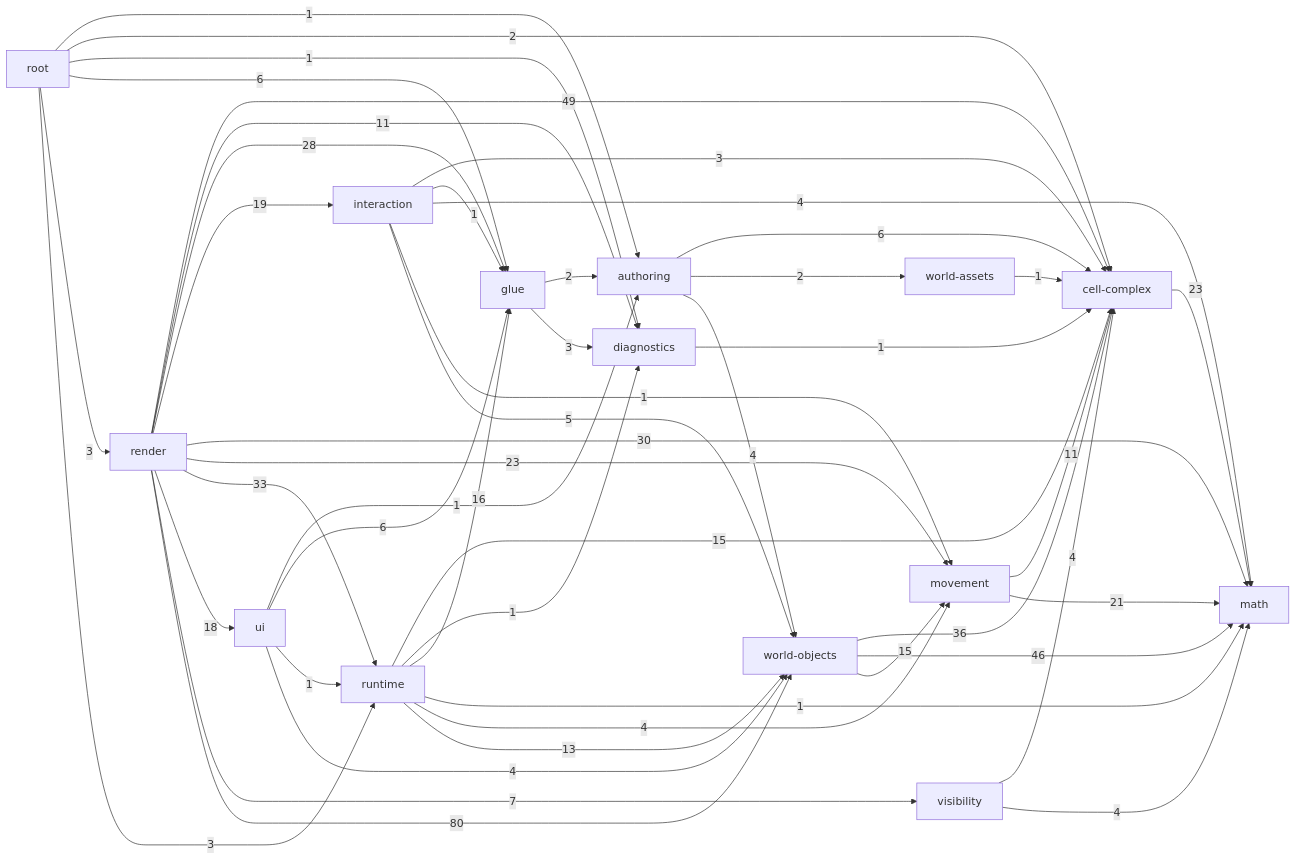
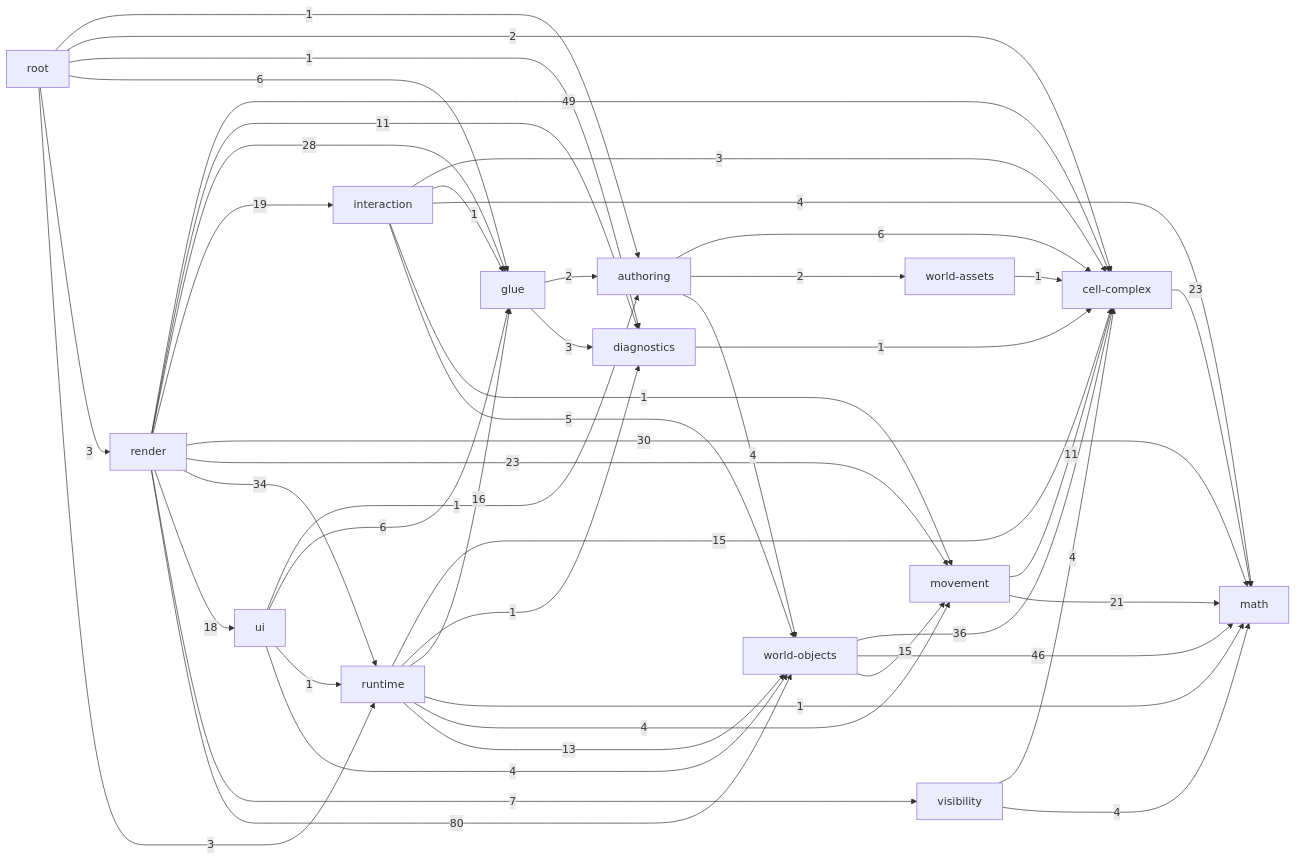
The diagram in _docs/generated/ARCHITECTURE_REFERENCE.md (guraltsev/noneuclid-fpv), drawn with Mermaid before and after one commit. The commit also changed other lines of this file and 10 other files, not shown here.

````diff
--- a/_docs/generated/ARCHITECTURE_REFERENCE.md
+++ b/_docs/generated/ARCHITECTURE_REFERENCE.md
@@ -35,63 +35,63 @@
 ```mermaid
 flowchart LR
   math["math"]
   cell_complex["cell-complex"]
   diagnostics["diagnostics"]
   visibility["visibility"]
   movement["movement"]
   world_assets["world-assets"]
   world_objects["world-objects"]
   authoring["authoring"]
   glue["glue"]
   interaction["interaction"]
   runtime["runtime"]
   ui["ui"]
   render["render"]
   root["root"]
   authoring -->|6| cell_complex
   authoring -->|2| world_assets
   authoring -->|4| world_objects
   cell_complex -->|23| math
   diagnostics -->|1| cell_complex
   glue -->|2| authoring
   glue -->|3| diagnostics
   interaction -->|3| cell_complex
   interaction -->|1| glue
   interaction -->|4| math
   interaction -->|1| movement
   interaction -->|5| world_objects
   movement -->|11| cell_complex
   movement -->|21| math
   render -->|49| cell_complex
   render -->|11| diagnostics
   render -->|28| glue
   render -->|19| interaction
   render -->|30| math
   render -->|23| movement
-  render -->|33| runtime
+  render -->|34| runtime
   render -->|18| ui
   render -->|7| visibility
   render -->|80| world_objects
   root -->|1| authoring
   root -->|2| cell_complex
   root -->|1| diagnostics
   root -->|6| glue
   root -->|3| render
   root -->|3| runtime
   runtime -->|15| cell_complex
   runtime -->|1| diagnostics
   runtime -->|16| glue
   runtime -->|1| math
   runtime -->|4| movement
   runtime -->|13| world_objects
   ui -->|1| authoring
   ui -->|6| glue
   ui -->|1| runtime
   ui -->|4| world_objects
   visibility -->|4| cell_complex
   visibility -->|4| math
   world_assets -->|1| cell_complex
   world_objects -->|36| cell_complex
   world_objects -->|46| math
   world_objects -->|15| movement
 ```
````
